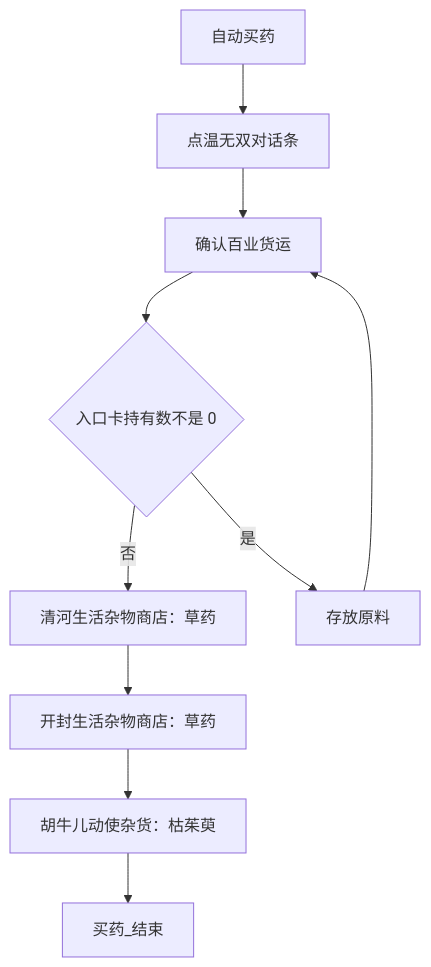
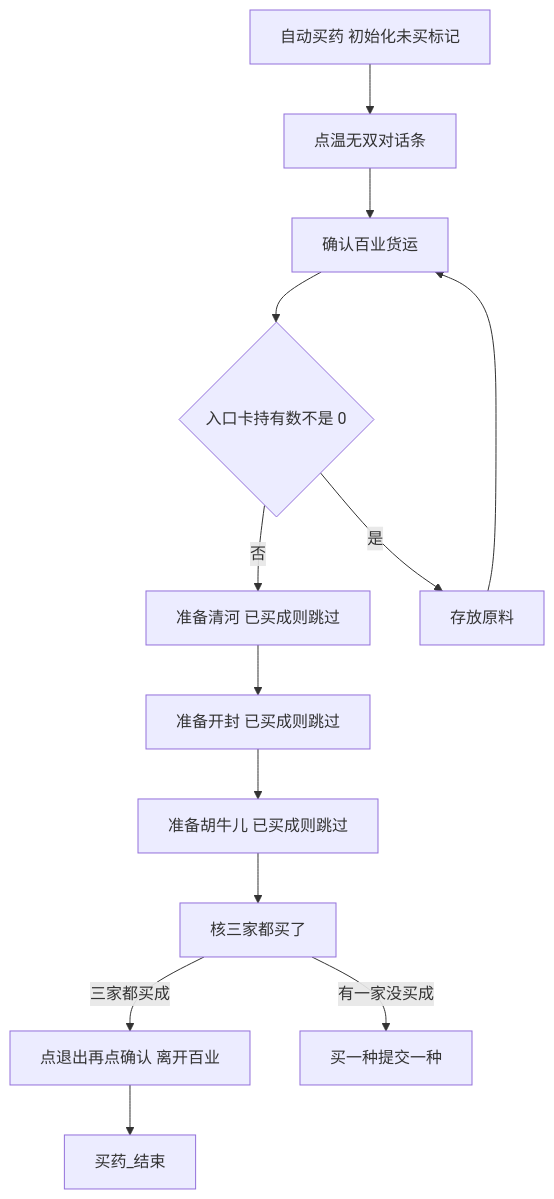
The first of 2 diagrams in docs/zh_cn/自动买药.md (82488059/MAAJN), drawn with Mermaid before and after one commit. The commit also changed other lines of this file and 16 other files, not shown here.

````diff
--- a/docs/zh_cn/自动买药.md
+++ b/docs/zh_cn/自动买药.md
@@ -36,13 +40,18 @@
 ```mermaid
 flowchart TD
-  entry["自动买药"]
+  entry["自动买药 初始化未买标记"]
   talk["点温无双对话条"]
   freight["确认百业货运"]
-  qh["清河生活杂物商店：草药"]
-  kf["开封生活杂物商店：草药"]
-  hn["胡牛儿动使杂货：枯茱萸"]
+  qh["准备清河 已买成则跳过"]
+  kf["准备开封 已买成则跳过"]
+  hn["准备胡牛儿 已买成则跳过"]
+  check["核三家都买了"]
+  leave["点退出再点确认 离开百业"]
   done["买药_结束"]
+  submit["买一种提交一种"]
   entry --> talk --> freight --> owned{"入口卡持有数不是 0"}
   owned -->|是| store["存放原料"] --> freight
-  owned -->|否| qh --> kf --> hn --> done
+  owned -->|否| qh --> kf --> hn --> check
+  check -->|三家都买成| leave --> done
+  check -->|有一家没买成| submit
 ```
````
